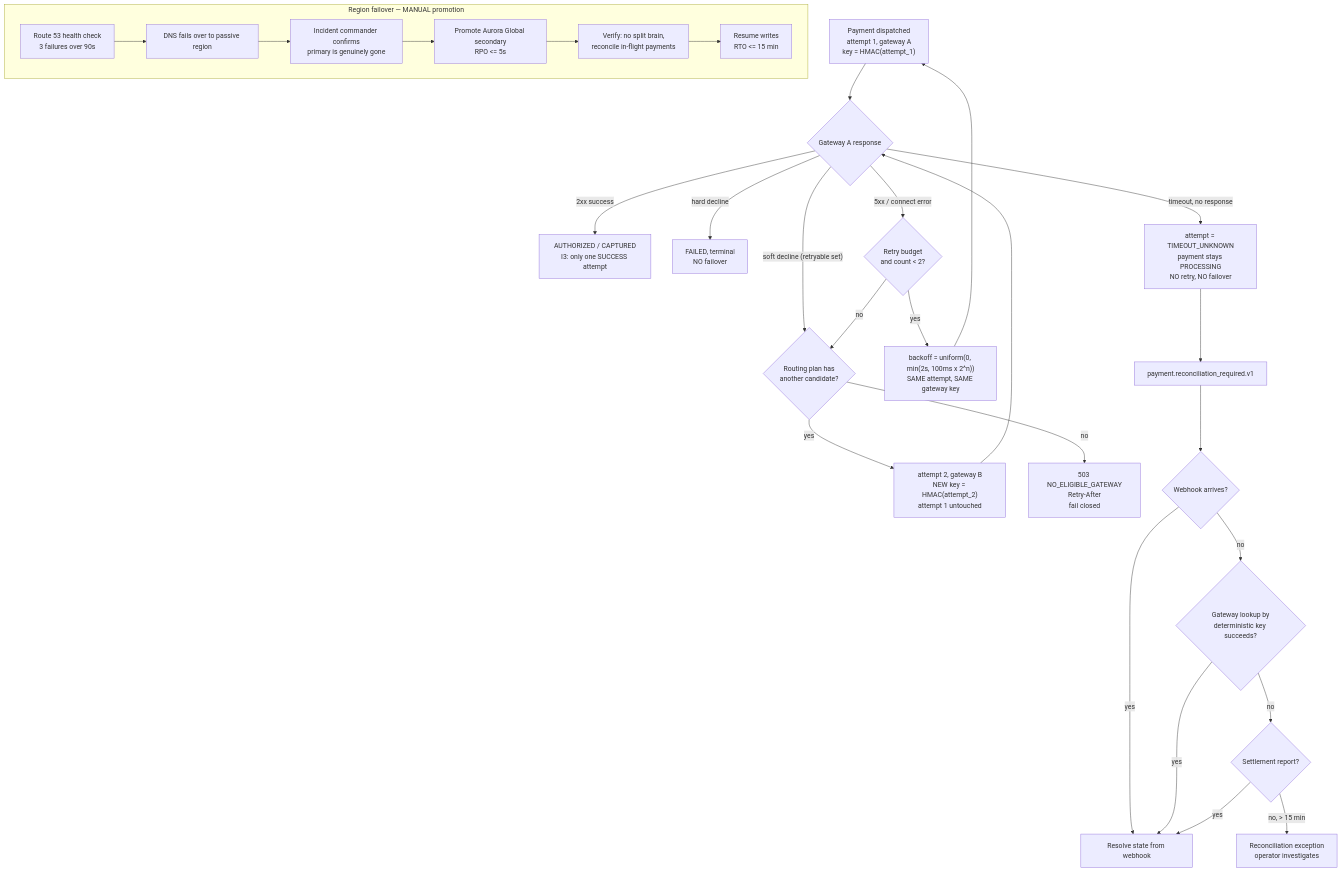
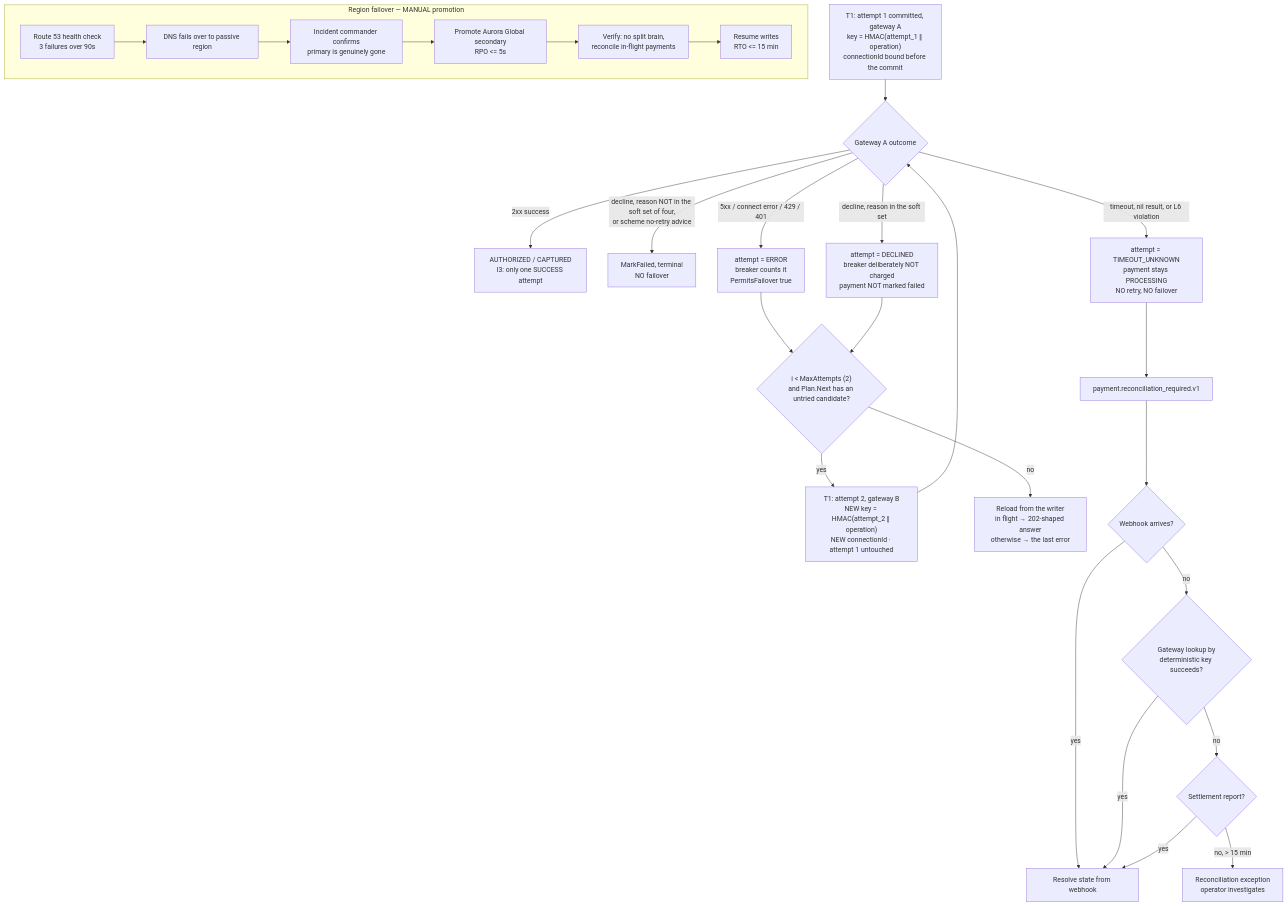
One commit to udaykishore-resu/payments-platform changed the third of 3 diagrams in docs/failure-handling.md. Above: the diagram before and after it, drawn with Mermaid. The commit also changed other lines of this file and 67 other files, not shown here.

````diff
--- a/docs/failure-handling.md
+++ b/docs/failure-handling.md
@@ -692,33 +692,33 @@
 ```mermaid
 flowchart TD
-    S["Payment dispatched<br/>attempt 1, gateway A<br/>key = HMAC(attempt_1)"] --> R{Gateway A response}
+    S["T1: attempt 1 committed, gateway A<br/>key = HMAC(attempt_1 ‖ operation)<br/>connectionId bound before the commit"] --> R{Gateway A outcome}
 
     R -- "2xx success" --> OK["AUTHORIZED / CAPTURED<br/>I3: only one SUCCESS attempt"]
-    R -- "hard decline" --> HD["FAILED, terminal<br/>NO failover"]
-    R -- "5xx / connect error" --> RT{Retry budget<br/>and count < 2?}
-    R -- "timeout, no response" --> TU["attempt = TIMEOUT_UNKNOWN<br/>payment stays PROCESSING<br/>NO retry, NO failover"]
-    R -- "soft decline (retryable set)" --> FO
+    R -- "decline, reason NOT in the soft set of four,<br/>or scheme no-retry advice" --> HD["MarkFailed, terminal<br/>NO failover"]
+    R -- "5xx / connect error / 429 / 401" --> ER["attempt = ERROR<br/>breaker counts it<br/>PermitsFailover true"]
+    R -- "timeout, nil result, or L6 violation" --> TU["attempt = TIMEOUT_UNKNOWN<br/>payment stays PROCESSING<br/>NO retry, NO failover"]
+    R -- "decline, reason in the soft set" --> SD["attempt = DECLINED<br/>breaker deliberately NOT charged<br/>payment NOT marked failed"]
 
-    RT -- yes --> RB["backoff = uniform(0, min(2s, 100ms x 2^n))<br/>SAME attempt, SAME gateway key"] --> S
-    RT -- no --> FO{Routing plan has<br/>another candidate?}
+    ER --> FO
+    SD --> FO{"i &lt; MaxAttempts (2)<br/>and Plan.Next has an untried candidate?"}
 
-    FO -- yes --> A2["attempt 2, gateway B<br/>NEW key = HMAC(attempt_2)<br/>attempt 1 untouched"] --> R
-    FO -- no --> NE["503 NO_ELIGIBLE_GATEWAY<br/>Retry-After<br/>fail closed"]
+    FO -- yes --> A2["T1: attempt 2, gateway B<br/>NEW key = HMAC(attempt_2 ‖ operation)<br/>NEW connectionId · attempt 1 untouched"] --> R
+    FO -- no --> NE["Reload from the writer<br/>in flight → 202-shaped answer<br/>otherwise → the last error"]
 
     TU --> RC["payment.reconciliation_required.v1"]
     RC --> RC1{Webhook arrives?}
     RC1 -- yes --> RES["Resolve state from webhook"]
     RC1 -- no --> RC2{"Gateway lookup by<br/>deterministic key succeeds?"}
     RC2 -- yes --> RES
     RC2 -- no --> RC3{Settlement report?}
     RC3 -- yes --> RES
     RC3 -- "no, > 15 min" --> EX["Reconciliation exception<br/>operator investigates"]
 
     subgraph REGION["Region failover — MANUAL promotion"]
         H["Route 53 health check<br/>3 failures over 90s"] --> DNS["DNS fails over to passive region"]
         DNS --> IC["Incident commander confirms<br/>primary is genuinely gone"]
         IC --> PR["Promote Aurora Global secondary<br/>RPO <= 5s"]
         PR --> VF["Verify: no split brain,<br/>reconcile in-flight payments"]
         VF --> RES2["Resume writes<br/>RTO <= 15 min"]
     end
 ```
````
